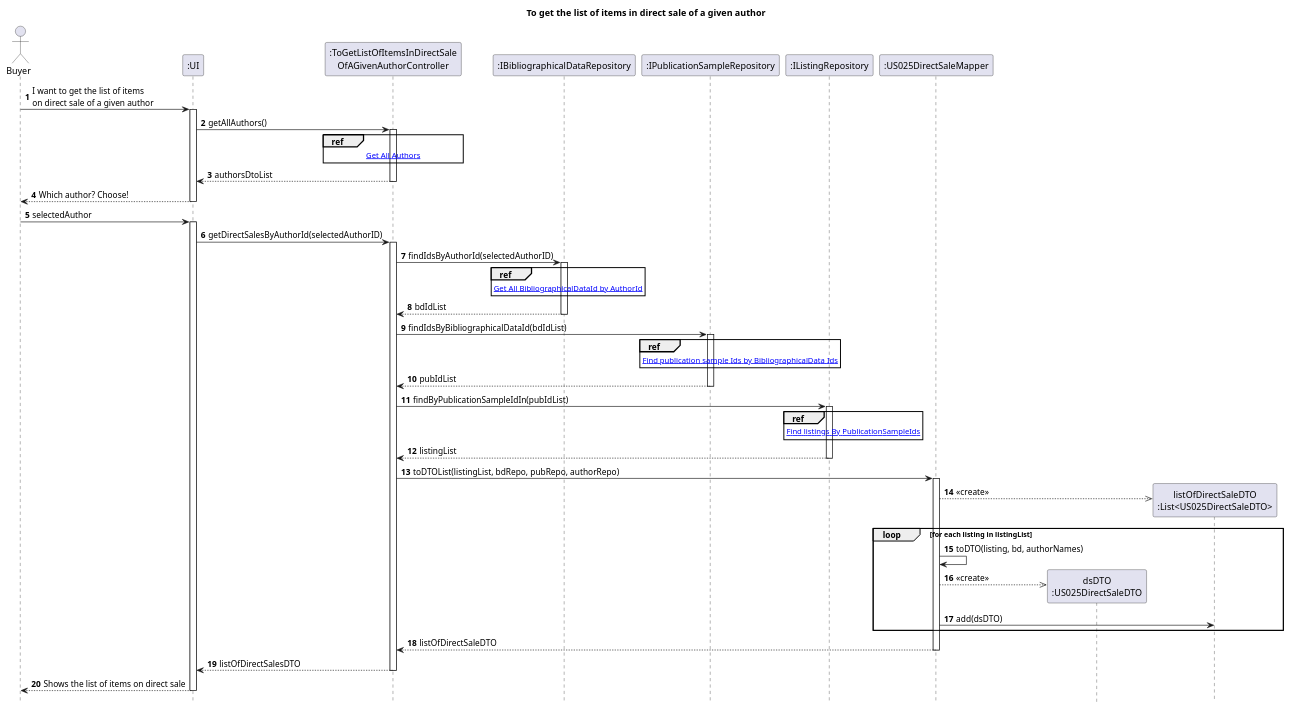
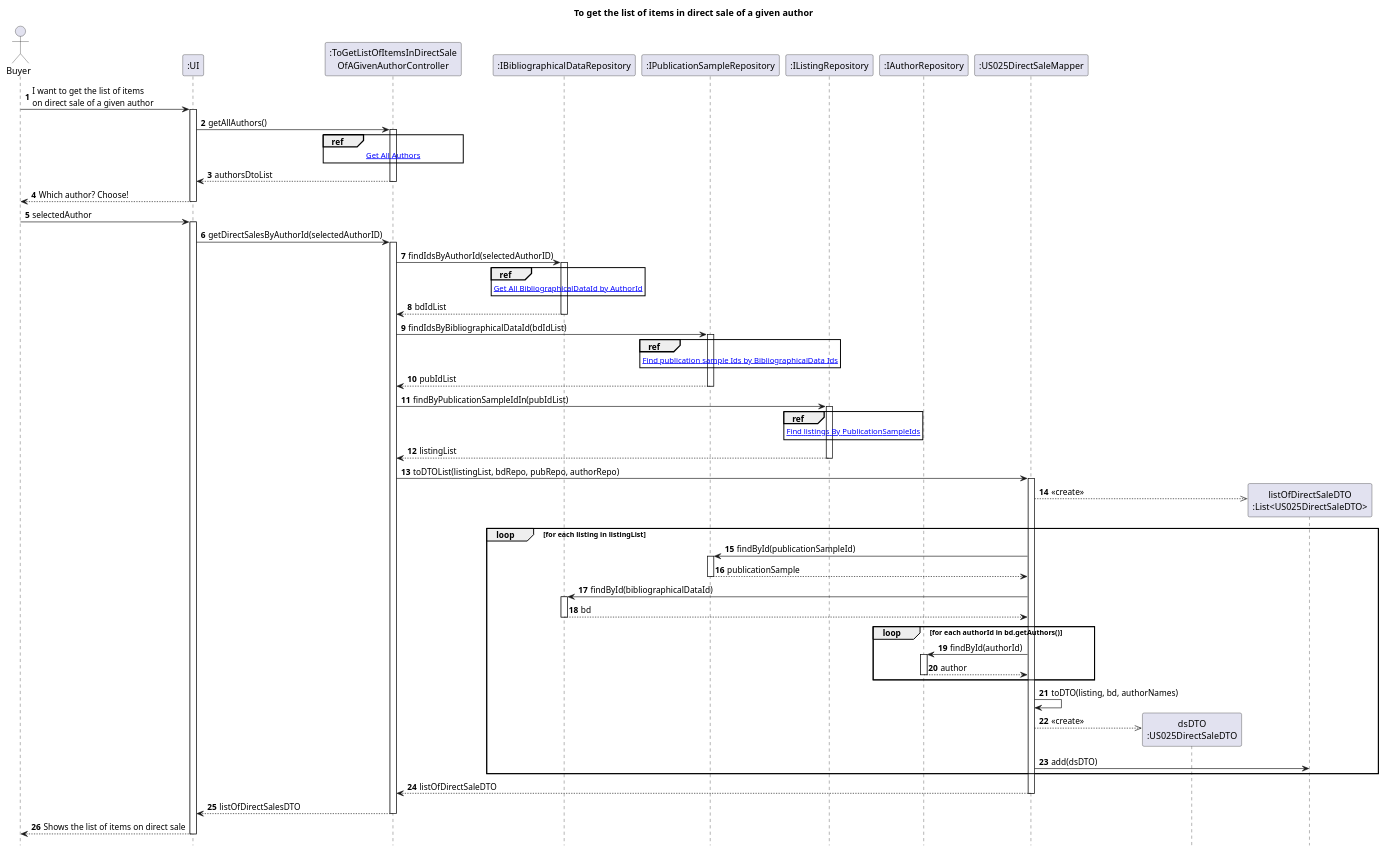
The diagram in Diagrams/SequenceDiagrams/N2/To-get-the-list-of-items-on-direct-sale-of-a-given-author/1.MainDiagram.puml (AndrePereiraGitH/SWitCH-Project-Team_A), drawn with PlantUML before and after one commit. The commit also changed 6 other files, not shown here.

```diff
--- a/Diagrams/SequenceDiagrams/N2/To-get-the-list-of-items-on-direct-sale-of-a-given-author/1.MainDiagram.puml
+++ b/Diagrams/SequenceDiagrams/N2/To-get-the-list-of-items-on-direct-sale-of-a-given-author/1.MainDiagram.puml
@@ -1,90 +1,105 @@
 @startuml
 hide footbox
 autonumber
 title To get the list of items in direct sale of a given author
 
 actor Buyer
 
 participant ":UI" as UI
 participant ":ToGetListOfItemsInDirectSale\nOfAGivenAuthorController" as Ctrl
 
 participant ":IBibliographicalDataRepository" as bdRepo
 participant ":IPublicationSampleRepository" as pubRepo
 participant ":IListingRepository" as listingRepo
+participant ":IAuthorRepository" as authorRepo
 
 participant ":US025DirectSaleMapper" as directSaleMapper
 participant "dsDTO\n:US025DirectSaleDTO" as dsDTO
 participant "listOfDirectSaleDTO\n:List<US025DirectSaleDTO>" as ListDTO
 
 Buyer -> UI : I want to get the list of items\non direct sale of a given author
 activate UI
 
 UI -> Ctrl : getAllAuthors()
 activate Ctrl
 
     ref over Ctrl
     [[2.GetAllAuthors.puml Get All Authors]]
     end ref
 
 Ctrl --> UI : authorsDtoList
 deactivate Ctrl
 
 Buyer <-- UI : Which author? Choose!
 deactivate UI
 
 Buyer -> UI : selectedAuthor
 activate UI
 
 UI -> Ctrl : getDirectSalesByAuthorId(selectedAuthorID)
 activate Ctrl
 
 Ctrl -> bdRepo : findIdsByAuthorId(selectedAuthorID)
 activate bdRepo
 
     ref over bdRepo
     [[3.FindBiblioDataIdsByAuthorId.puml Get All BibliographicalDataId by AuthorId]]
     end ref
 
 bdRepo --> Ctrl : bdIdList
 deactivate bdRepo
 
 Ctrl -> pubRepo : findIdsByBibliographicalDataId(bdIdList)
 activate pubRepo
 
     ref over pubRepo
     [[4.FindPublicationSampleIdsByBiblioDataIds.puml Find publication sample Ids by BibliographicalData Ids]]
     end ref
 
 pubRepo --> Ctrl : pubIdList
 deactivate pubRepo
 
 Ctrl -> listingRepo : findByPublicationSampleIdIn(pubIdList)
 activate listingRepo
 
 ref over listingRepo
 [[5.FindListingsByPublicationSampleIds.puml Find listings By PublicationSampleIds]]
 end ref
 
 listingRepo --> Ctrl : listingList
 deactivate listingRepo
 
 Ctrl -> directSaleMapper : toDTOList(listingList, bdRepo, pubRepo, authorRepo)
 activate directSaleMapper
 
 directSaleMapper -->> ListDTO ** : <<create>>
 
 loop for each listing in listingList
+    directSaleMapper -> pubRepo : findById(publicationSampleId)
+    activate pubRepo
+    pubRepo --> directSaleMapper : publicationSample
+    deactivate pubRepo
+    directSaleMapper -> bdRepo : findById(bibliographicalDataId)
+    activate bdRepo
+    bdRepo --> directSaleMapper : bd
+    deactivate bdRepo
+    loop for each authorId in bd.getAuthors()
+        directSaleMapper -> authorRepo : findById(authorId)
+        activate authorRepo
+        authorRepo --> directSaleMapper : author
+        deactivate authorRepo
+    end
     directSaleMapper -> directSaleMapper : toDTO(listing, bd, authorNames)
     directSaleMapper -->> dsDTO ** : <<create>>
     directSaleMapper -> ListDTO : add(dsDTO)
 end
 
 directSaleMapper --> Ctrl : listOfDirectSaleDTO
 deactivate directSaleMapper
 
 Ctrl --> UI : listOfDirectSalesDTO
 deactivate Ctrl
 
 UI --> Buyer : Shows the list of items on direct sale
 deactivate UI
 @enduml
```
